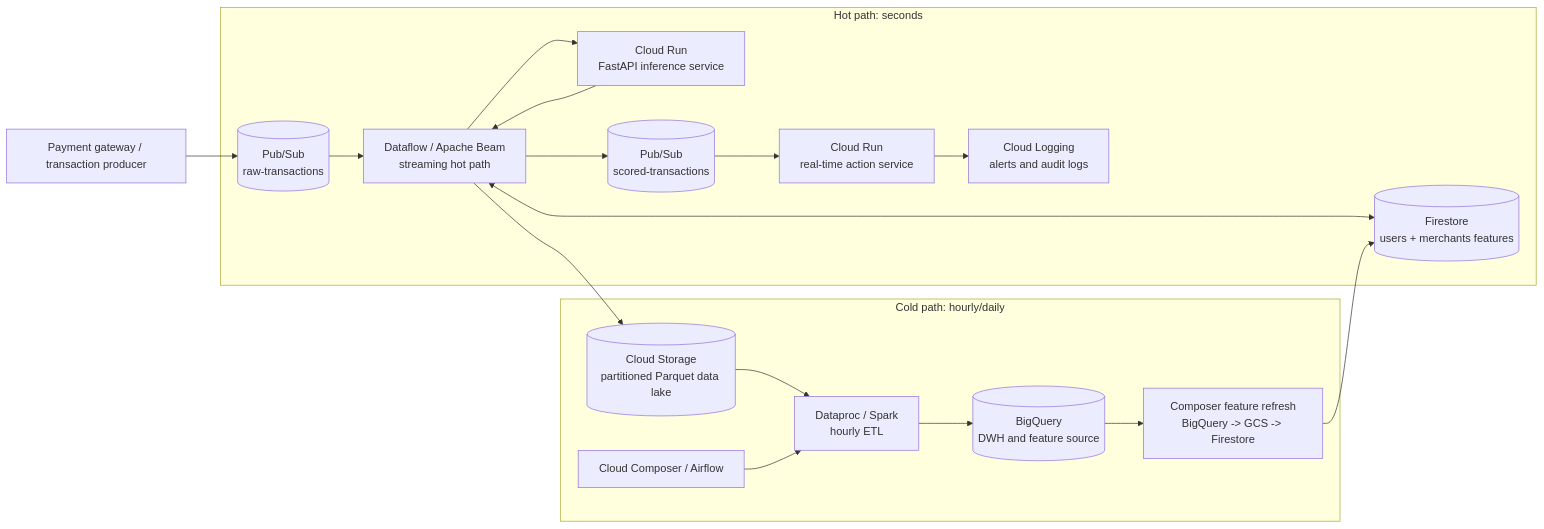
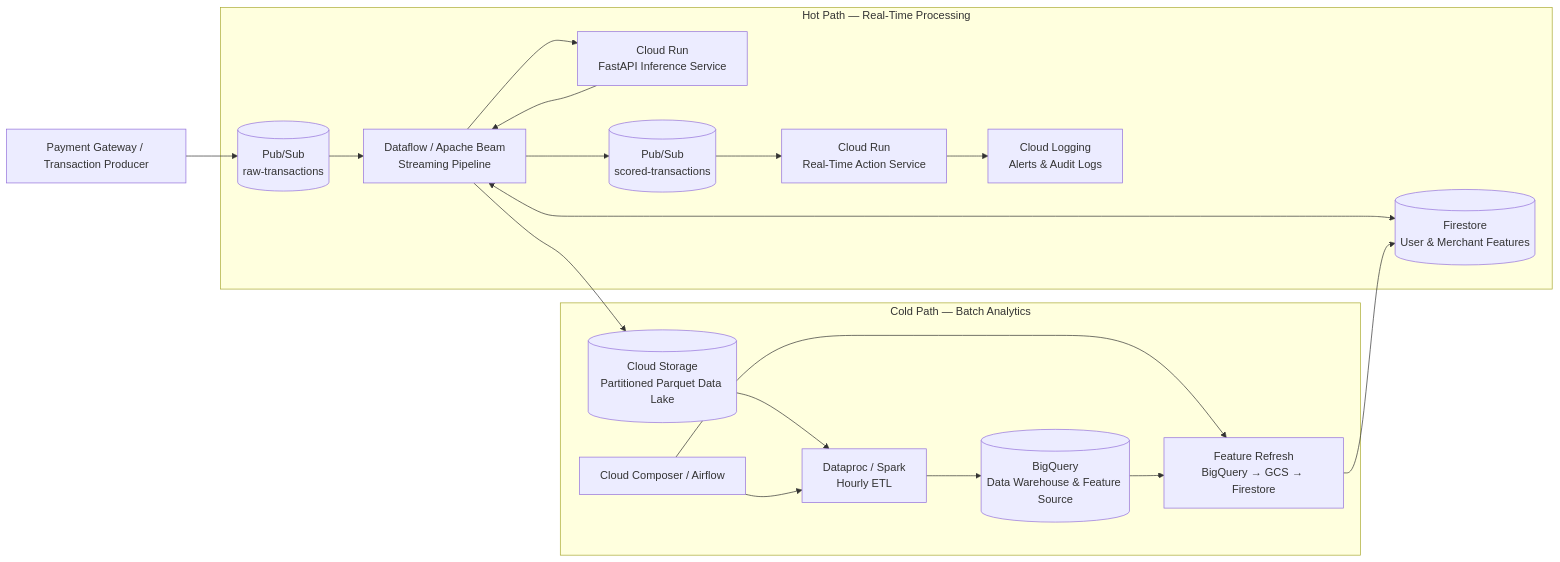
One commit to 0xs1d/Real-Time-Fraud-Detection-Pipeline changed the first of 2 diagrams in README.md. Above: the diagram before and after it, drawn with Mermaid. The commit also changed other lines of this file, not shown here.

````diff
--- a/README.md
+++ b/README.md
@@ -65,43 +54,44 @@
 ```mermaid
 flowchart LR
-    PG[Payment gateway / transaction producer]
-    RAW[(Pub/Sub\nraw-transactions)]
-    DF[Dataflow / Apache Beam\nstreaming hot path]
-    FS[(Firestore\nusers + merchants features)]
-    ML[Cloud Run\nFastAPI inference service]
-    SCORED[(Pub/Sub\nscored-transactions)]
-    ACTION[Cloud Run\nreal-time action service]
-    LOGS[Cloud Logging\nalerts and audit logs]
-    GCS[(Cloud Storage\npartitioned Parquet data lake)]
-    COMP[Cloud Composer / Airflow]
-    DP[Dataproc / Spark\nhourly ETL]
-    BQ[(BigQuery\nDWH and feature source)]
-    EXPORT[Composer feature refresh\nBigQuery -> GCS -> Firestore]
+    PG["Payment Gateway / Transaction Producer"]
+    RAW[("Pub/Sub<br/>raw-transactions")]
+    DF["Dataflow / Apache Beam<br/>Streaming Pipeline"]
+    FS[("Firestore<br/>User & Merchant Features")]
+    ML["Cloud Run<br/>FastAPI Inference Service"]
+    SCORED[("Pub/Sub<br/>scored-transactions")]
+    ACTION["Cloud Run<br/>Real-Time Action Service"]
+    LOGS["Cloud Logging<br/>Alerts & Audit Logs"]
+    GCS[("Cloud Storage<br/>Partitioned Parquet Data Lake")]
+    COMP["Cloud Composer / Airflow"]
+    DP["Dataproc / Spark<br/>Hourly ETL"]
+    BQ[("BigQuery<br/>Data Warehouse & Feature Source")]
+    EXPORT["Feature Refresh<br/>BigQuery → GCS → Firestore"]
 
     PG --> RAW --> DF
     DF <--> FS
     DF --> ML --> DF
     DF --> SCORED --> ACTION --> LOGS
     DF --> GCS
     GCS --> DP --> BQ
     COMP --> DP
+    COMP --> EXPORT
     BQ --> EXPORT --> FS
 
-    subgraph HOT[Hot path: seconds]
+    subgraph HOT["Hot Path — Real-Time Processing"]
         RAW
         DF
         FS
         ML
         SCORED
         ACTION
         LOGS
     end
 
-    subgraph COLD[Cold path: hourly/daily]
+    subgraph COLD["Cold Path — Batch Analytics"]
         GCS
         COMP
         DP
         BQ
         EXPORT
     end
 ```
````
